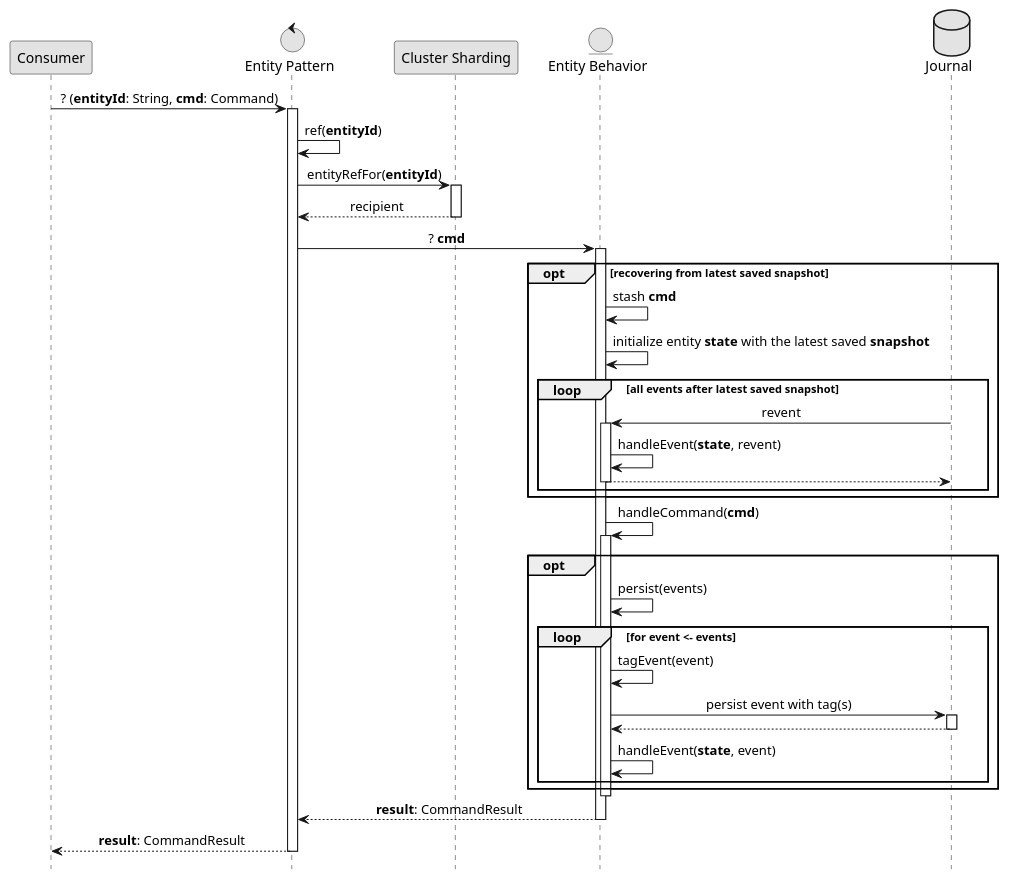
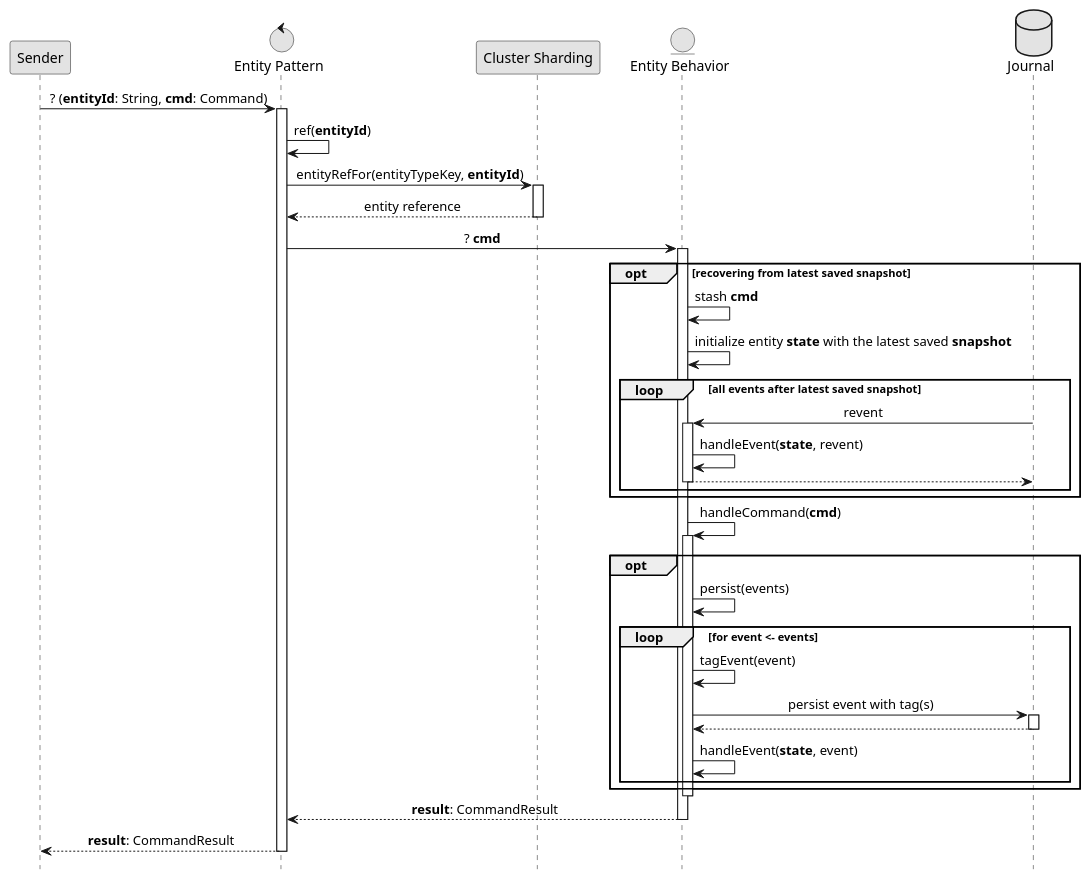
The diagram in docs/diagrams/src/EventSourcing.plantuml (SOFTNETWORK-APP/generic-persistence-api), drawn with PlantUML before and after one commit. The commit also changed 8 other files, not shown here.

```diff
--- a/docs/diagrams/src/EventSourcing.plantuml
+++ b/docs/diagrams/src/EventSourcing.plantuml
@@ -1,44 +1,44 @@
 @startuml EventSourcing
 hide footbox
 skinparam ParticipantPadding 20
 skinparam BoxPadding 10
 skinparam sequenceMessageAlign center
 skinparam monochrome true
 
-participant Consumer as c
+participant Sender as s
 control "Entity Pattern" as ep
 participant "Cluster Sharding" as cs
 entity "Entity Behavior" as eb
 database Journal as j
 
-c -> ep++: ? (**entityId**: String, **cmd**: Command)
+s -> ep++: ? (**entityId**: String, **cmd**: Command)
 ep -> ep : ref(**entityId**)
-ep -> cs++: entityRefFor(**entityId**)
-return recipient
+ep -> cs++: entityRefFor(entityTypeKey, **entityId**)
+return entity reference
 ep -> eb++: ? **cmd**
 
 opt recovering from latest saved snapshot
 eb -> eb: stash **cmd**
 eb -> eb: initialize entity **state** with the latest saved **snapshot**
 loop all events after latest saved snapshot
 j -> eb++: revent
 eb -> eb: handleEvent(**state**, revent)
 eb --> j--
 end
 end
 
 eb -> eb++: handleCommand(**cmd**)
 opt
 eb -> eb: persist(events)
 loop for event <- events
 eb -> eb: tagEvent(event)
 eb -> j++: persist event with tag(s)
 return
 eb -> eb: handleEvent(**state**, event)
 end
 end
 eb--
 return **result**: CommandResult
 return **result**: CommandResult
 
 @enduml
```
